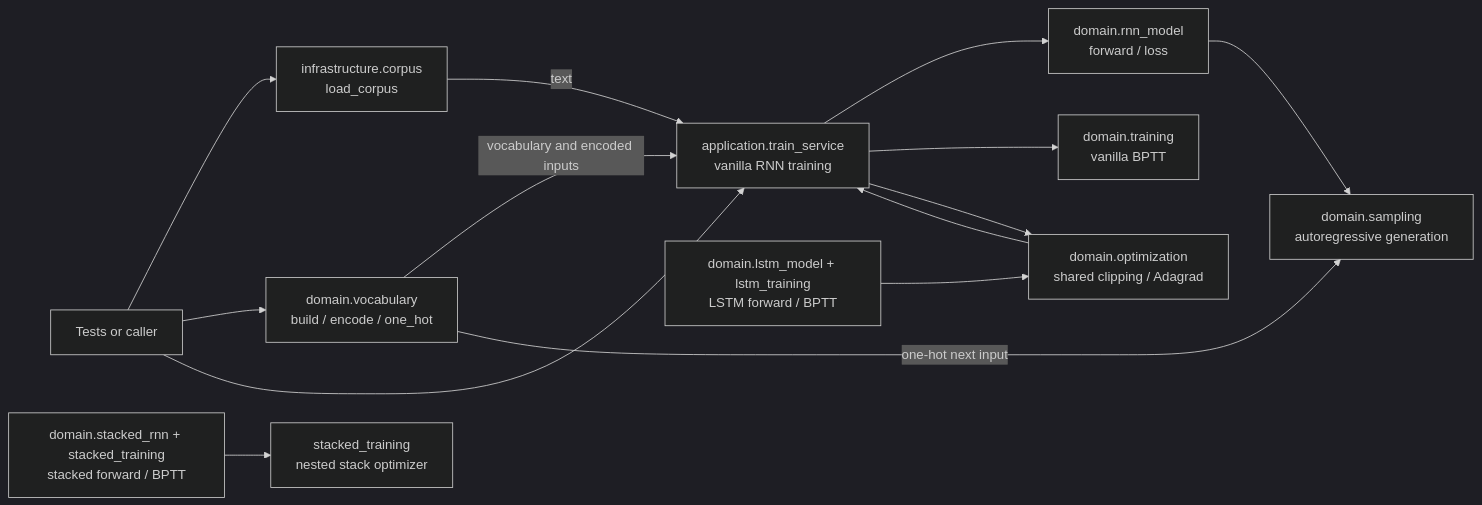
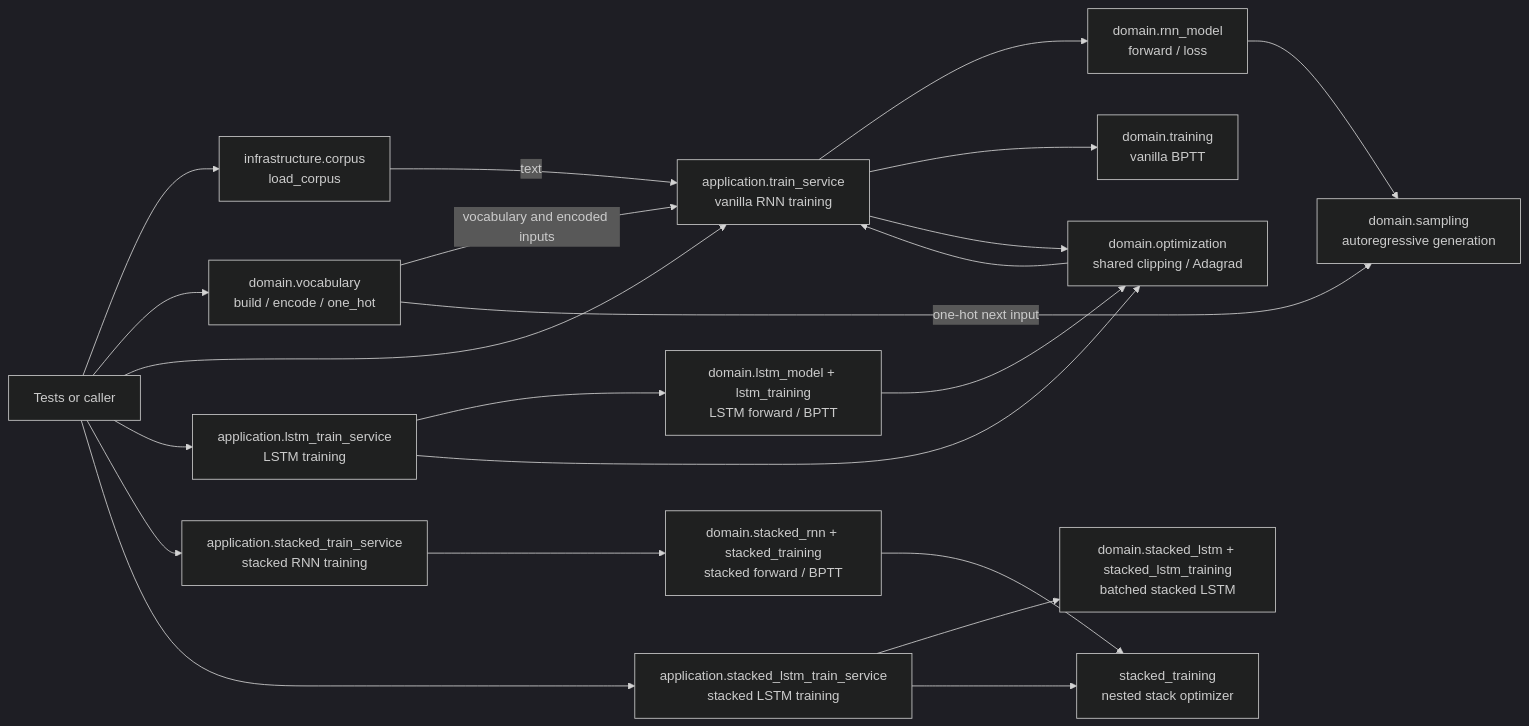
Before and after one commit to duhgrando/karpathy_rnn_lab: the first of 2 diagrams in quality/report_code.md, drawn with Mermaid (dark theme). The commit also changed other lines of this file and 12 other files, not shown here.

````diff
--- a/quality/report_code.md
+++ b/quality/report_code.md
@@ -33,28 +33,40 @@
 ```mermaid
 flowchart LR
     Caller[Tests or caller]
     Corpus[infrastructure.corpus<br/>load_corpus]
     Vocabulary[domain.vocabulary<br/>build / encode / one_hot]
     App[application.train_service<br/>vanilla RNN training]
+    LSTMApp[application.lstm_train_service<br/>LSTM training]
+    StackApp[application.stacked_train_service<br/>stacked RNN training]
+    StackLSTMApp[application.stacked_lstm_train_service<br/>stacked LSTM training]
     RNN[domain.rnn_model<br/>forward / loss]
     RNNTrain[domain.training<br/>vanilla BPTT]
     LSTM[domain.lstm_model + lstm_training<br/>LSTM forward / BPTT]
     Stack[domain.stacked_rnn + stacked_training<br/>stacked forward / BPTT]
+    StackLSTM[domain.stacked_lstm + stacked_lstm_training<br/>batched stacked LSTM]
     Optimizer[domain.optimization<br/>shared clipping / Adagrad]
     StackOptimizer[stacked_training<br/>nested stack optimizer]
     Sampling[domain.sampling<br/>autoregressive generation]
 
     Caller --> Corpus
     Caller --> Vocabulary
     Caller --> App
+    Caller --> LSTMApp
+    Caller --> StackApp
+    Caller --> StackLSTMApp
     Corpus -->|text| App
     Vocabulary -->|vocabulary and encoded inputs| App
     App --> RNN
     App --> RNNTrain
     App --> Optimizer
+    LSTMApp --> LSTM
+    LSTMApp --> Optimizer
+    StackApp --> Stack
+    StackLSTMApp --> StackLSTM
+    StackLSTMApp --> StackOptimizer
     LSTM --> Optimizer
     Stack --> StackOptimizer
     Optimizer --> App
     RNN --> Sampling
     Vocabulary -->|one-hot next input| Sampling
 ```
````
